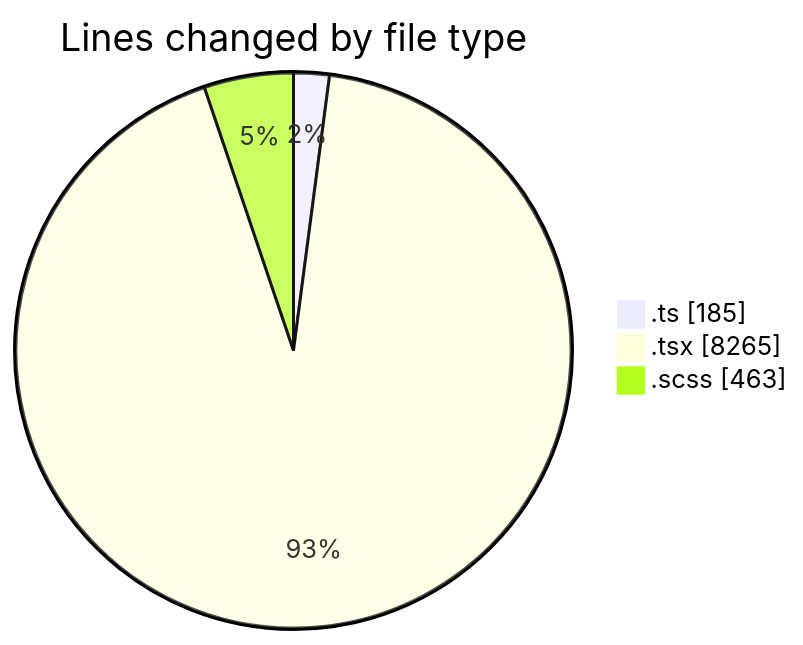
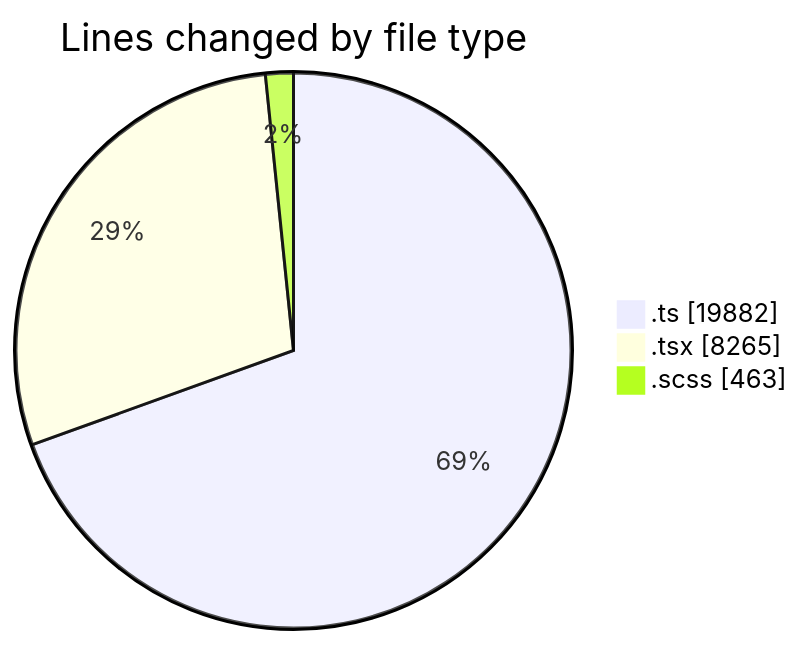
The first of 2 diagrams in 2026-11-05/cda/README.md (momahboobian/code-tracking), drawn with Mermaid before and after one commit. The commit also changed other lines of this file and 1 other file, not shown here.

````diff
--- a/2026-11-05/cda/README.md
+++ b/2026-11-05/cda/README.md
@@ -45,7 +49,7 @@
 ```mermaid
 pie showData
 title Lines changed by file type
-".ts" : 185
+".ts" : 19882
 ".tsx" : 8265
 ".scss" : 463
 ```
````
